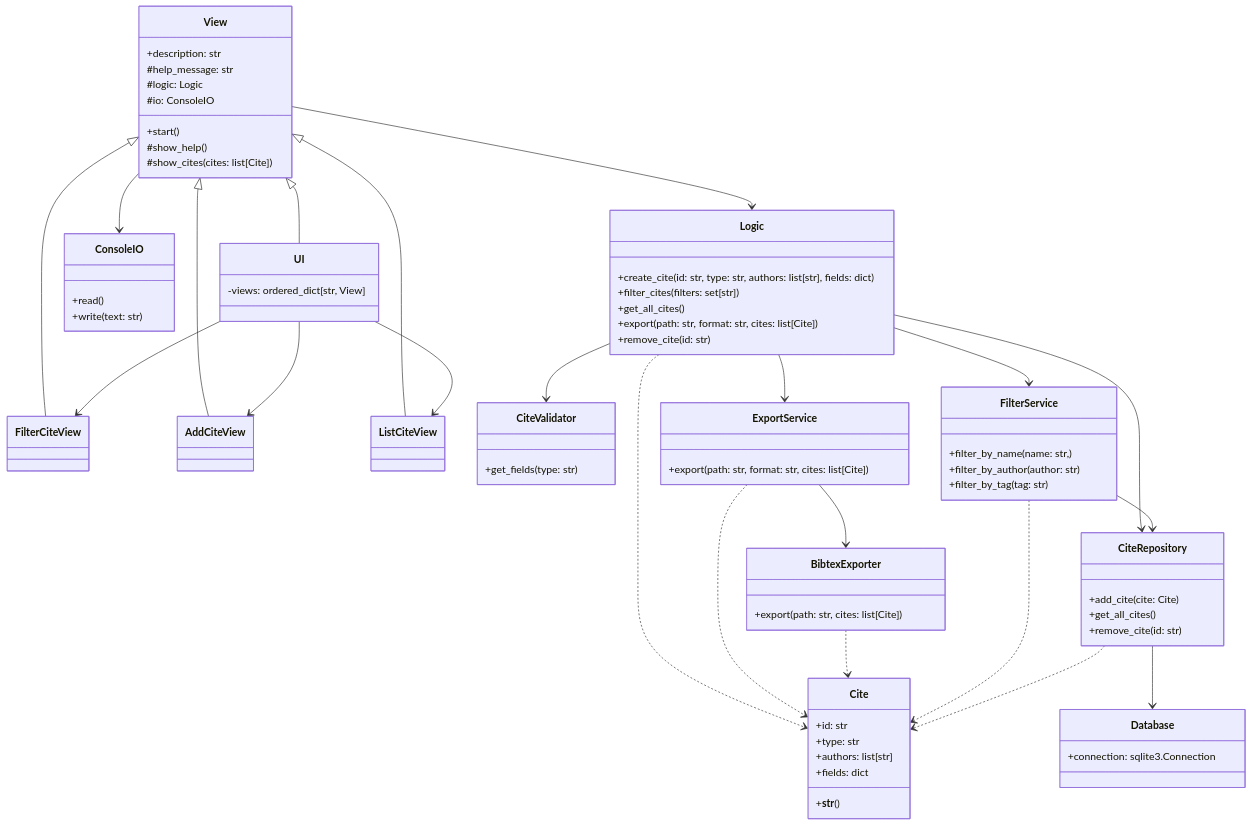
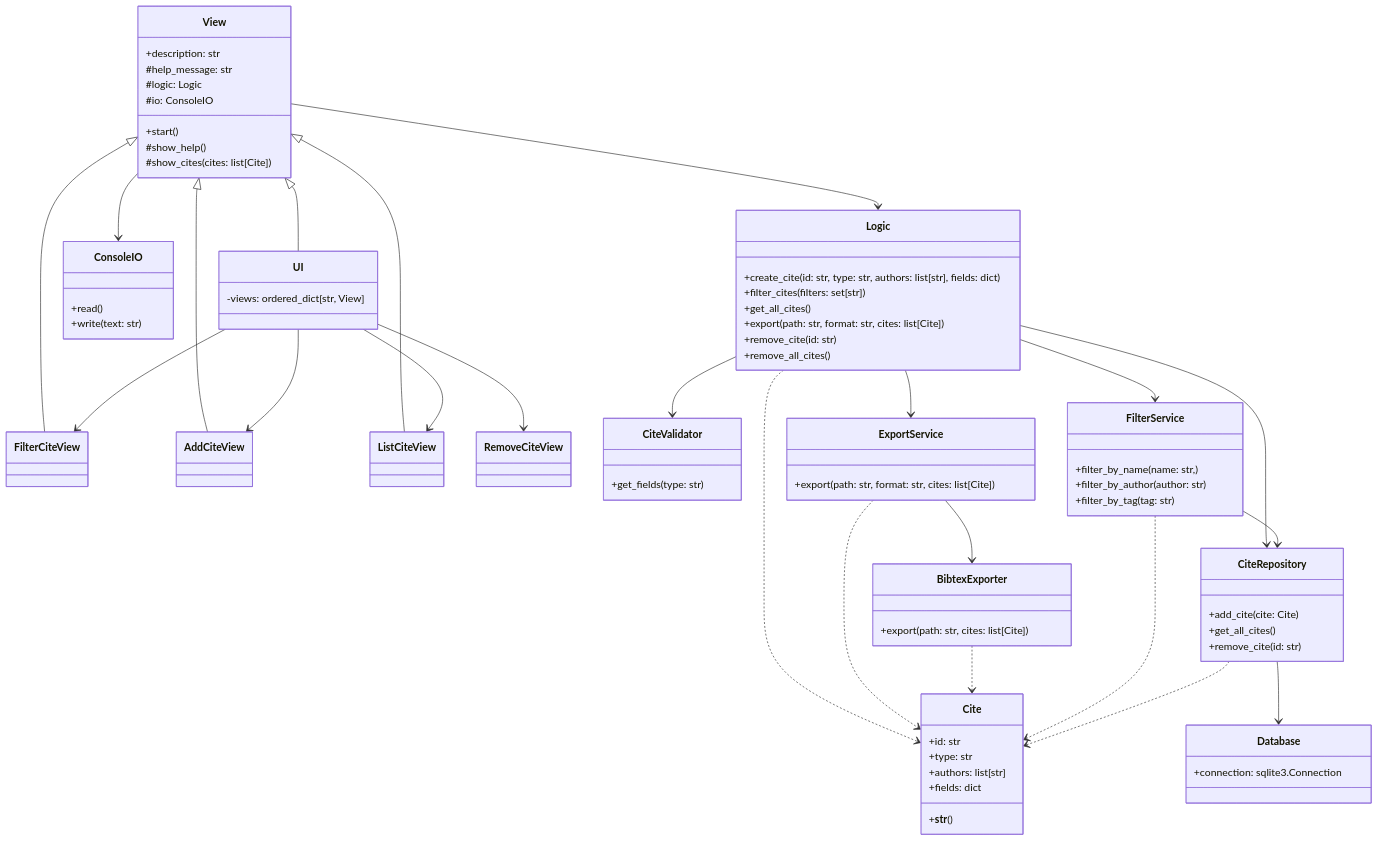
One commit to TheJiahao/ohtu-miniprojekti changed the second of 2 diagrams in docs/arkkitehtuuri.md. Above: the diagram before and after it, drawn with Mermaid.

```diff
--- a/docs/arkkitehtuuri.md
+++ b/docs/arkkitehtuuri.md
@@ -33,6 +33,8 @@
 UI --> FilterCiteView
 UI --> AddCiteView
 UI --> ListCiteView
+UI --> RemoveCiteView
+
 
 Logic --> CiteValidator
 Logic ..> Cite
@@ -76,6 +78,7 @@
     +get_all_cites()
     +export(path: str, format: str, cites: list[Cite])
     +remove_cite(id: str)
+    +remove_all_cites()
 }
 
 class Cite {
```
